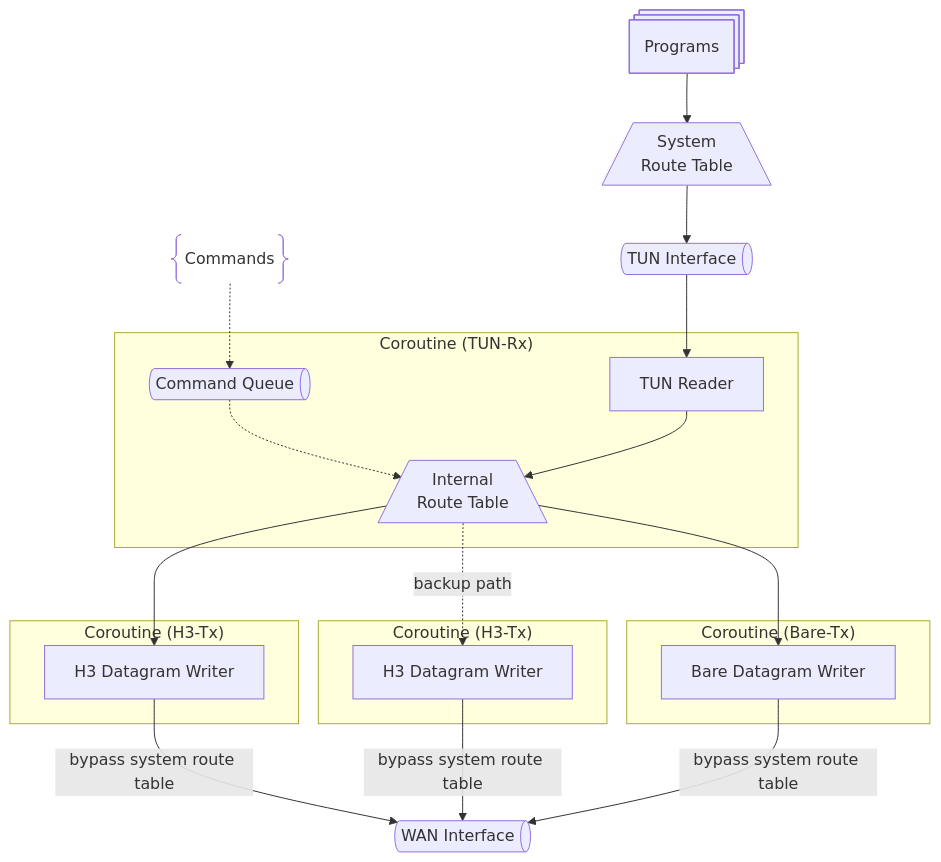
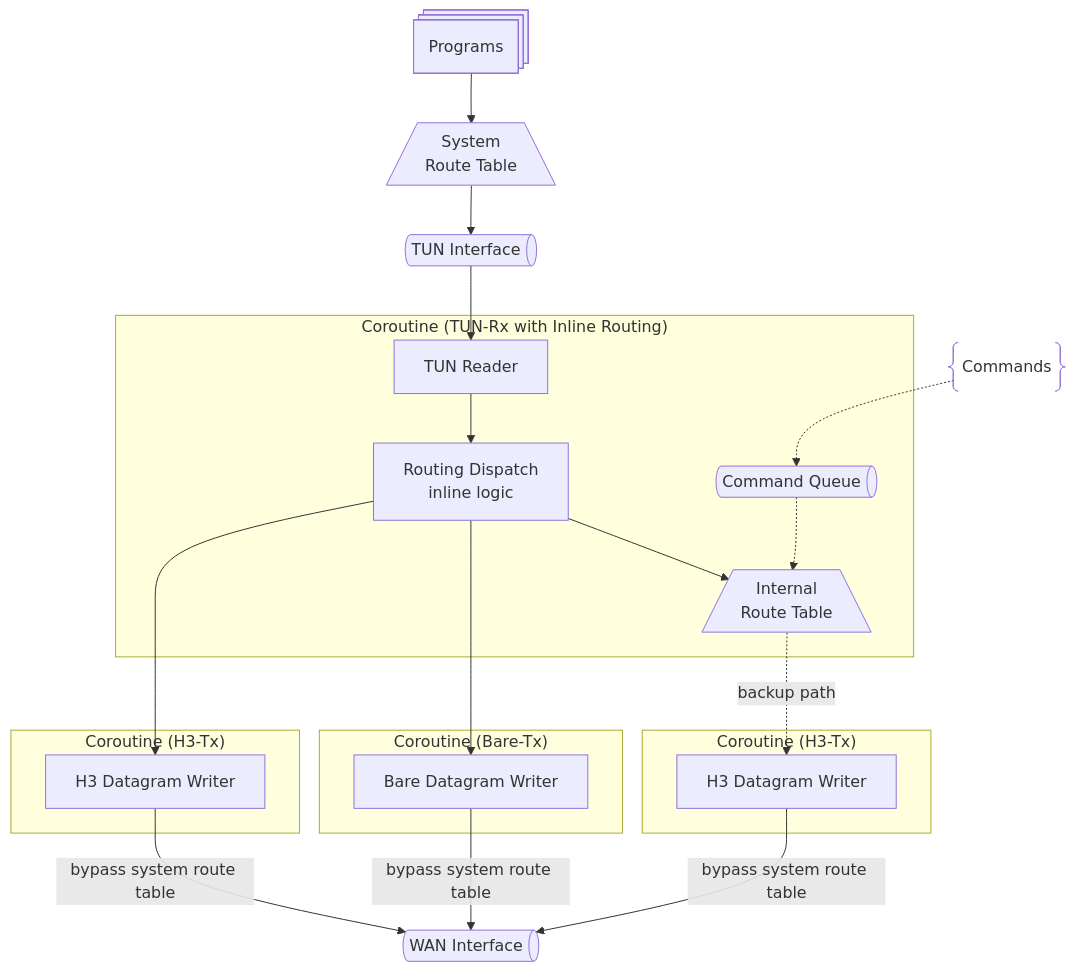
One commit to sands-lab/h3llo changed the second of 3 diagrams in docs/internals.md. Above: the diagram before and after it, drawn with Mermaid. The commit also changed other lines of this file and 9 other files, not shown here.

````diff
--- a/docs/internals.md
+++ b/docs/internals.md
@@ -65,31 +65,36 @@
 ```mermaid
 flowchart TB
     wan[WAN Interface]@{shape: h-cyl}
     tun[TUN Interface]@{shape: h-cyl}
     prog[Programs]@{shape: processes}
     rsys[/System<br>Route Table\]
     cmd["Commands"]@{shape: braces}
 
-    subgraph cr-tun["Coroutine (TUN-Rx)"]
+    subgraph cr-tun["Coroutine (TUN-Rx with Inline Routing)"]
         tr[TUN Reader]
         tq[Command Queue]@{shape: h-cyl}
         rint[/Internal<br>Route Table\]
+        dispatch[Routing Dispatch<br>inline logic]
+        tr --> dispatch
+        tq -.-> rint
+        dispatch --> rint
     end
 
     subgraph cr-h3-1["Coroutine (H3-Tx)"]
         hw1[H3 Datagram Writer]
     end
 
     subgraph cr-h3-2["Coroutine (H3-Tx)"]
         hw2[H3 Datagram Writer]
     end
 
     subgraph cr-bare["Coroutine (Bare-Tx)"]
         bw[Bare Datagram Writer]
     end
 
-    cmd -.-> tq -.-> rint
-    prog --> rsys --> tun --> tr --> rint --> bw & hw1
+    cmd -.-> tq
+    prog --> rsys --> tun --> tr
+    dispatch --> bw & hw1
     rint -. backup path -.-> hw2
     hw1 & hw2 & bw -- bypass system route table --> wan
 ```
````
